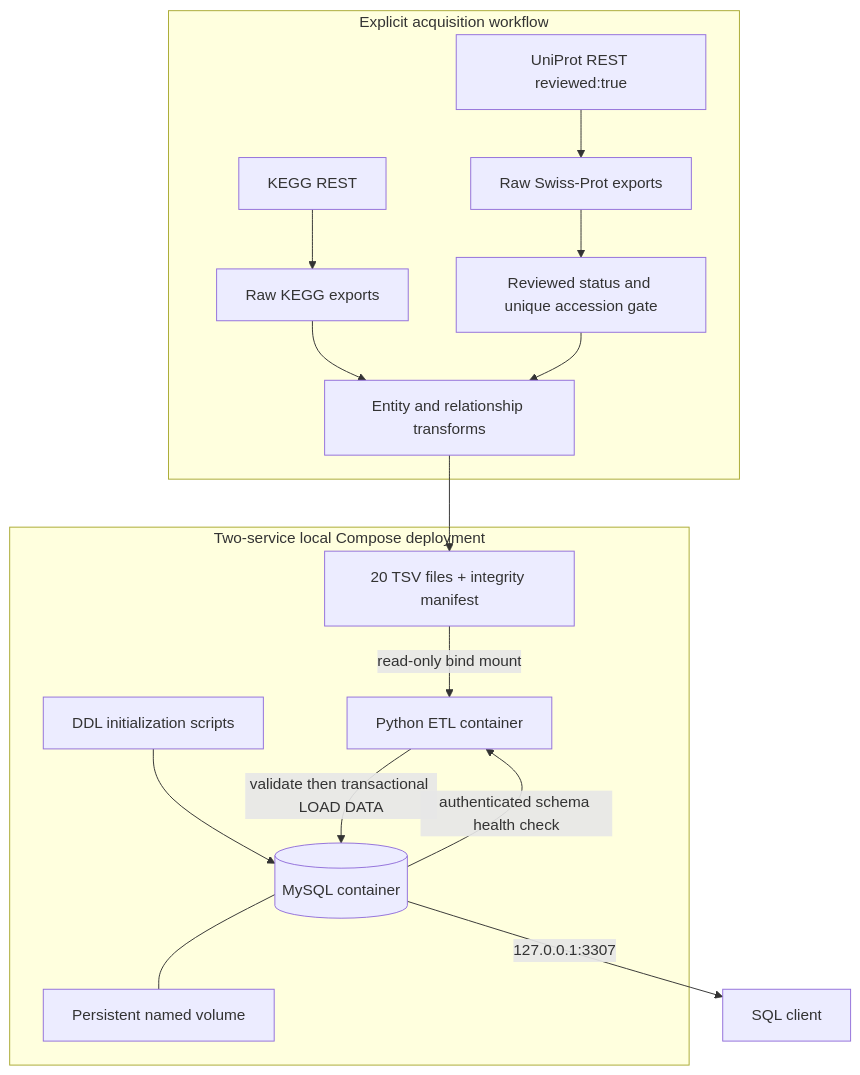
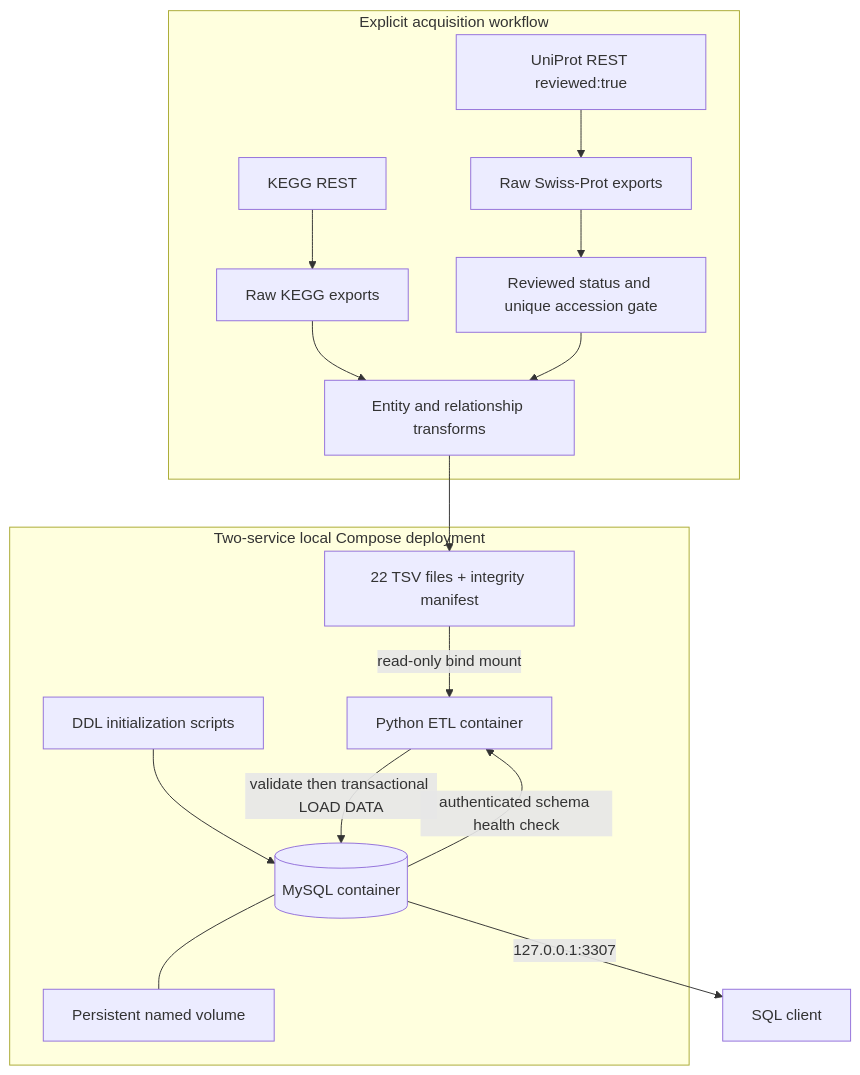
Before and after one commit to martinastramacci/UniKegg: the diagram in docs/architecture.md, drawn with Mermaid. The commit also changed 34 other files, not shown here.

````diff
--- a/docs/architecture.md
+++ b/docs/architecture.md
@@ -3,19 +3,19 @@
 ```mermaid
 flowchart TB
     subgraph Acquisition[Explicit acquisition workflow]
       K[KEGG REST] --> KR[Raw KEGG exports]
       U[UniProt REST reviewed:true] --> UR[Raw Swiss-Prot exports]
       UR --> G[Reviewed status and unique accession gate]
       KR --> T[Entity and relationship transforms]
       G --> T
     end
-    T --> D[20 TSV files + integrity manifest]
+    T --> D[22 TSV files + integrity manifest]
     subgraph Compose[Two-service local Compose deployment]
       D -->|read-only bind mount| E[Python ETL container]
       I[DDL initialization scripts] --> M[(MySQL container)]
       M -->|authenticated schema health check| E
       E -->|validate then transactional LOAD DATA| M
       M --- V[Persistent named volume]
     end
     M -->|127.0.0.1:3307| C[SQL client]
 ```
````
